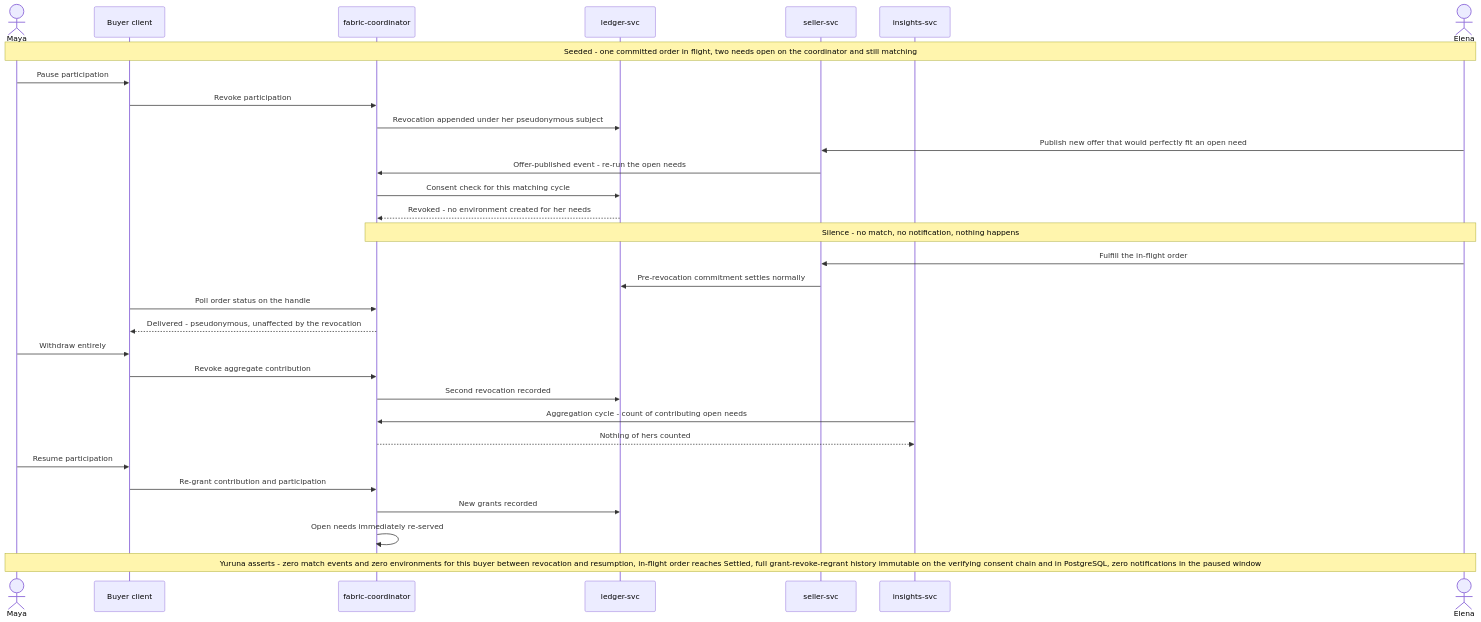
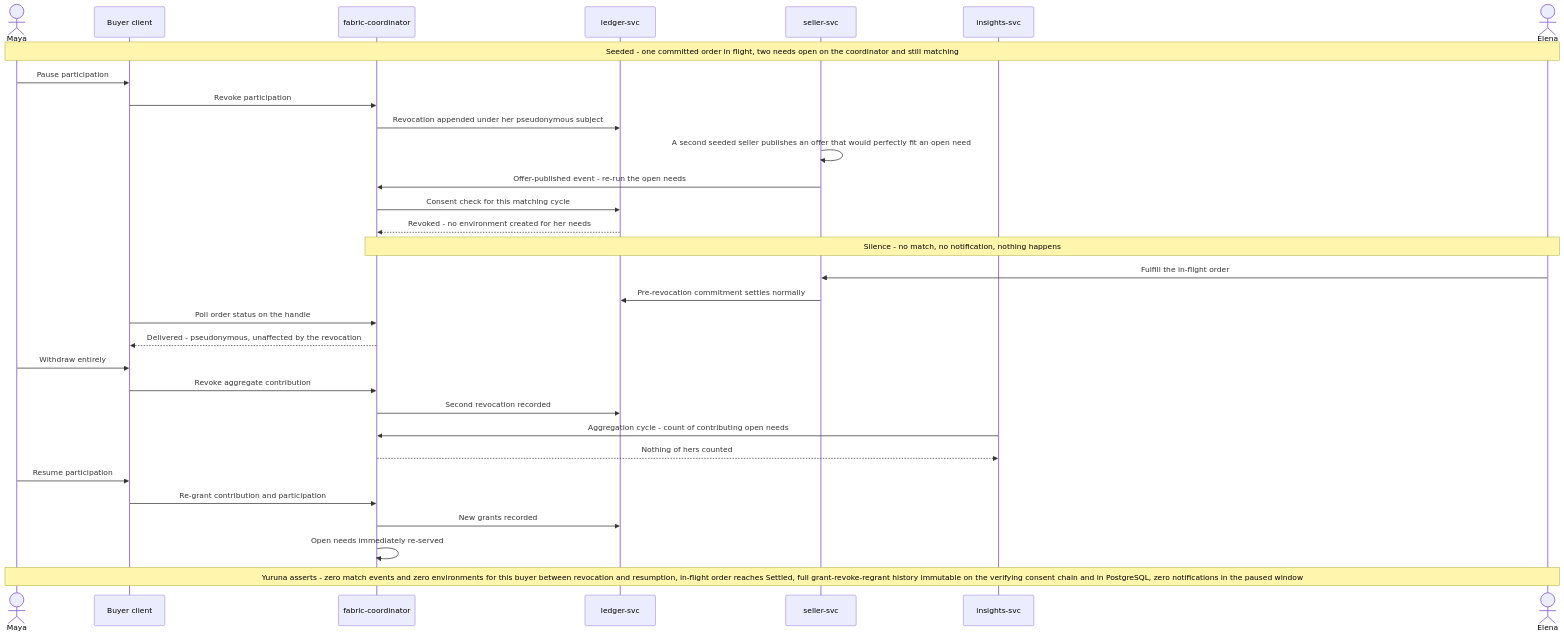
The diagram in plan/design/seq.s003.silence.md (alius-git/amisad.dev), drawn with Mermaid before and after one commit. The commit also changed other lines of this file and 41 other files, not shown here.

First line of the commit message:
Index the AmisAd design diagrams and keep each within seven boxes

````diff
--- a/plan/design/seq.s003.silence.md
+++ b/plan/design/seq.s003.silence.md
@@ -7,34 +7,34 @@
 ```mermaid
 sequenceDiagram
     actor Maya
     participant BuyerApp as Buyer client
     participant Coordinator as fabric-coordinator
     participant LedgerSvc as ledger-svc
     participant SellerSvc as seller-svc
     participant InsightsSvc as insights-svc
     actor Elena
 
     Note over Maya,Elena: Seeded - one committed order in flight, two needs open on the coordinator and still matching
     Maya->>BuyerApp: Pause participation
     BuyerApp->>Coordinator: Revoke participation
     Coordinator->>LedgerSvc: Revocation appended under her pseudonymous subject
-    Elena->>SellerSvc: Publish new offer that would perfectly fit an open need
+    SellerSvc->>SellerSvc: A second seeded seller publishes an offer that would perfectly fit an open need
     SellerSvc->>Coordinator: Offer-published event - re-run the open needs
     Coordinator->>LedgerSvc: Consent check for this matching cycle
     LedgerSvc-->>Coordinator: Revoked - no environment created for her needs
     Note over Coordinator,Elena: Silence - no match, no notification, nothing happens
     Elena->>SellerSvc: Fulfill the in-flight order
     SellerSvc->>LedgerSvc: Pre-revocation commitment settles normally
     BuyerApp->>Coordinator: Poll order status on the handle
     Coordinator-->>BuyerApp: Delivered - pseudonymous, unaffected by the revocation
     Maya->>BuyerApp: Withdraw entirely
     BuyerApp->>Coordinator: Revoke aggregate contribution
     Coordinator->>LedgerSvc: Second revocation recorded
     InsightsSvc->>Coordinator: Aggregation cycle - count of contributing open needs
     Coordinator-->>InsightsSvc: Nothing of hers counted
     Maya->>BuyerApp: Resume participation
     BuyerApp->>Coordinator: Re-grant contribution and participation
     Coordinator->>LedgerSvc: New grants recorded
     Coordinator->>Coordinator: Open needs immediately re-served
     Note over Maya,Elena: Yuruna asserts - zero match events and zero environments for this buyer between revocation and resumption, in-flight order reaches Settled, full grant-revoke-regrant history immutable on the verifying consent chain and in PostgreSQL, zero notifications in the paused window
 ```
````
